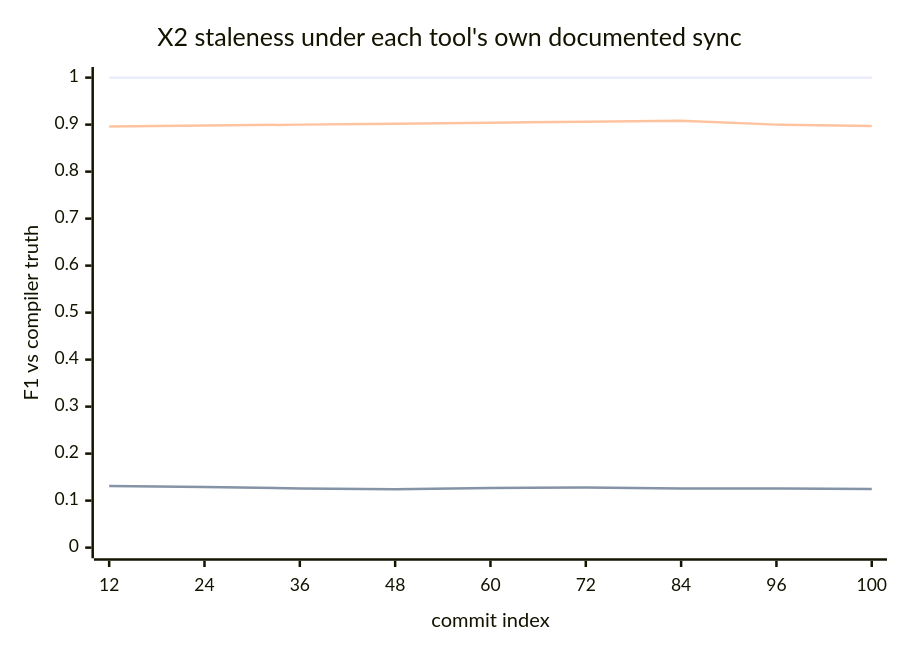
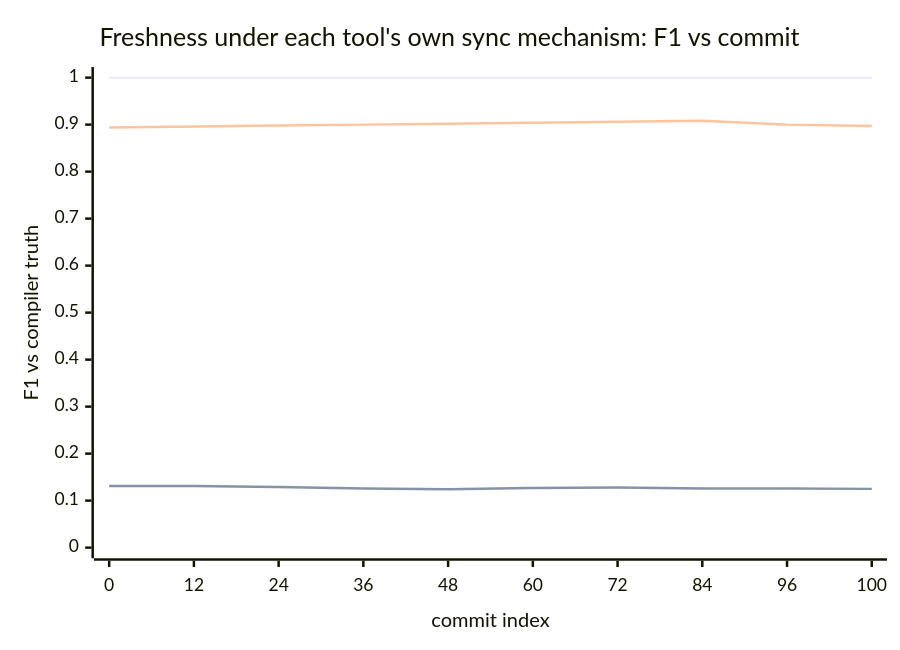
Before and after one commit to sns45/greplost: the first of 6 diagrams in bench/RESULTS.md, drawn with Mermaid. The commit also changed other lines of this file and 8 other files, not shown here.

First line of the commit message:
fix(bench-report): the hono walk re-measured with a commit-0 checkpoint

````diff
--- a/bench/RESULTS.md
+++ b/bench/RESULTS.md
@@ -109,11 +107,11 @@
 ```mermaid
 xychart-beta
-    title "X2 staleness under each tool's own documented sync"
-    x-axis "commit index" ["12", "24", "36", "48", "60", "72", "84", "96", "100"]
+    title "Freshness under each tool's own sync mechanism: F1 vs commit"
+    x-axis "commit index" ["0", "12", "24", "36", "48", "60", "72", "84", "96", "100"]
     y-axis "F1 vs compiler truth" 0 --> 1
-    line [1, 1, 1, 1, 1, 1, 1, 1, 1]
-    line [0.131, 0.129, 0.126, 0.124, 0.127, 0.128, 0.126, 0.126, 0.125]
-    line [0.896, 0.898, 0.9, 0.902, 0.904, 0.906, 0.908, 0.9, 0.897]
+    line [1, 1, 1, 1, 1, 1, 1, 1, 1, 1]
+    line [0.131, 0.131, 0.129, 0.126, 0.124, 0.127, 0.128, 0.126, 0.126, 0.125]
+    line [0.894, 0.896, 0.898, 0.9, 0.902, 0.904, 0.906, 0.908, 0.9, 0.897]
     %% series, in order: greplost, graphify, crg
-    %% Arm: documented-sync — each tool's sync mechanism was installed exactly as its README describes and then left alone; the harness only commits. This is the arm tech spec 10.0 X2 words. Omitted (not run here): ua. Measured on corpus hono, tier M (248 files); 100 replayed commits.
+    %% Arm: documented-sync — each tool's sync mechanism was installed exactly as its README describes and then left alone; the harness only commits. This is the arm tech spec 10.0 X2 words. Read the FALL of each line, not its height: the height is that tool's import coverage (X1's subject) and only the fall is staleness. At commit 0 the freshly built artifacts scored greplost 1.000, graphify 0.131, crg 0.894; over the walk they moved greplost +0.000, graphify -0.005, crg +0.003. The distance between the lines is mostly that starting difference, which is coverage and belongs to X1; the staleness X2 measures is the movement. Omitted (not run here): ua. Measured on corpus hono, tier M (248 files); 100 replayed commits.
 ```
````
